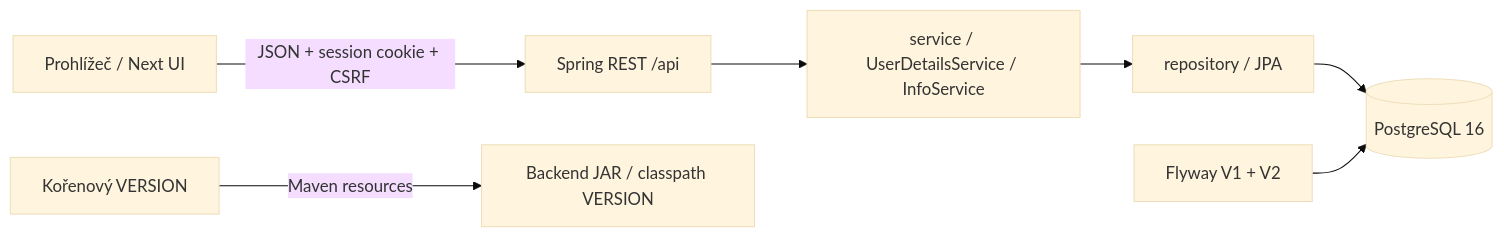
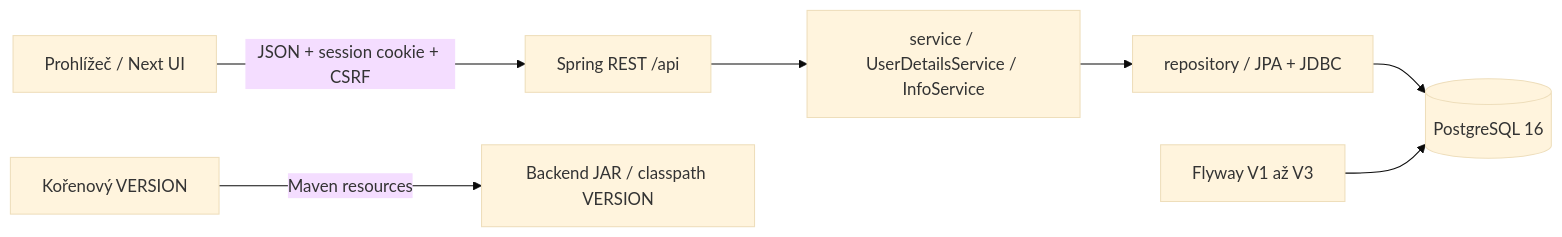
The diagram in docs/architecture.md (Dasky02/sport-club-system), drawn with Mermaid (base theme) before and after one commit. The commit also changed other lines of this file and 60 other files, not shown here.

````diff
--- a/docs/architecture.md
+++ b/docs/architecture.md
@@ -7,9 +7,9 @@
 ```mermaid
 flowchart LR
   Browser[Prohlížeč / Next UI] -->|JSON + session cookie + CSRF| API[Spring REST /api]
   API --> Services[service / UserDetailsService / InfoService]
-  Services --> Repositories[repository / JPA]
+  Services --> Repositories[repository / JPA + JDBC]
   Repositories --> DB[(PostgreSQL 16)]
-  Flyway[Flyway V1 + V2] --> DB
+  Flyway[Flyway V1 až V3] --> DB
   Version[Kořenový VERSION] -->|Maven resources| JAR[Backend JAR / classpath VERSION]
 ```
````
